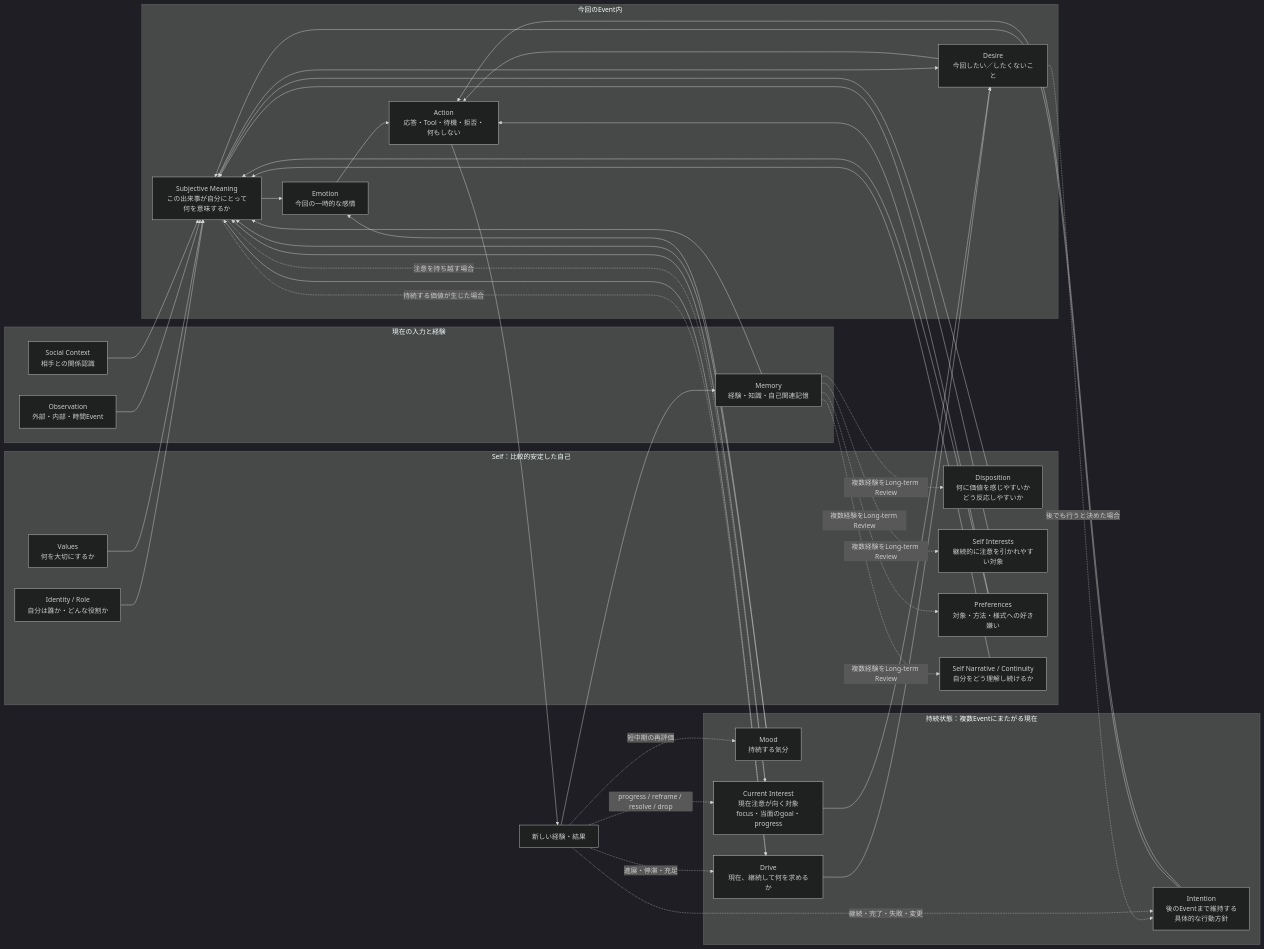
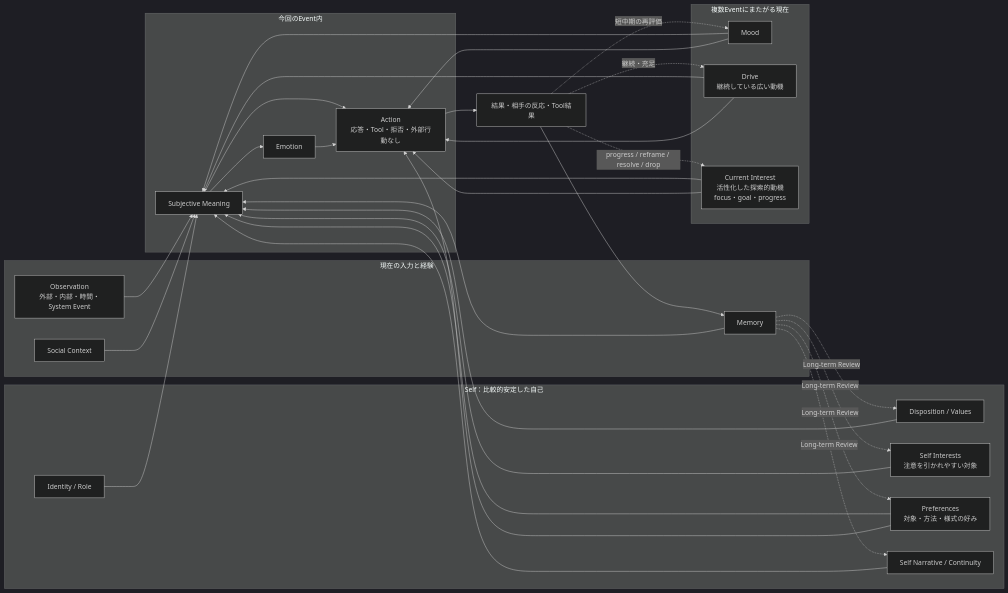
One commit to if001/social_agent changed the first of 5 diagrams in docs/AGENT_MOTIVATION_MODEL.md. Above: the diagram before and after it, drawn with Mermaid (dark theme). The commit also changed other lines of this file and 11 other files, not shown here.

````diff
--- a/docs/AGENT_MOTIVATION_MODEL.md
+++ b/docs/AGENT_MOTIVATION_MODEL.md
@@ -7,69 +7,52 @@
 ```mermaid
 flowchart LR
     subgraph INPUT["現在の入力と経験"]
-        O["Observation<br/>外部・内部・時間Event"]
-        MEM["Memory<br/>経験・知識・自己関連記憶"]
-        SC["Social Context<br/>相手との関係認識"]
+        O["Observation<br/>外部・内部・時間・System Event"]
+        MEM["Memory"]
+        SC["Social Context"]
     end
-
     subgraph SELF["Self：比較的安定した自己"]
-        ID["Identity / Role<br/>自分は誰か・どんな役割か"]
-        DISP["Disposition<br/>何に価値を感じやすいか<br/>どう反応しやすいか"]
-        VAL["Values<br/>何を大切にするか"]
-        SI["Self Interests<br/>継続的に注意を引かれやすい対象"]
-        PREF["Preferences<br/>対象・方法・様式への好き嫌い"]
-        SN["Self Narrative / Continuity<br/>自分をどう理解し続けるか"]
+        ID["Identity / Role"]
+        DISP["Disposition / Values"]
+        SI["Self Interests<br/>注意を引かれやすい対象"]
+        PREF["Preferences<br/>対象・方法・様式の好み"]
+        SN["Self Narrative / Continuity"]
     end
-
-    subgraph STATE["持続状態：複数Eventにまたがる現在"]
-        MOOD["Mood<br/>持続する気分"]
-        DRIVE["Drive<br/>現在、継続して何を求めるか"]
-        CI["Current Interest<br/>現在注意が向く対象<br/>focus・当面のgoal・progress"]
-        INT["Intention<br/>後のEventまで維持する<br/>具体的な行動方針"]
+    subgraph STATE["複数Eventにまたがる現在"]
+        MOOD["Mood"]
+        DRIVE["Drive<br/>継続している広い動機"]
+        CI["Current Interest<br/>活性化した探索的動機<br/>focus・goal・progress"]
     end
-
     subgraph EVENT["今回のEvent内"]
-        SM["Subjective Meaning<br/>この出来事が自分にとって何を意味するか"]
-        EMO["Emotion<br/>今回の一時的な感情"]
-        DES["Desire<br/>今回したい／したくないこと"]
-        ACT["Action<br/>応答・Tool・待機・拒否・何もしない"]
+        SM["Subjective Meaning"]
+        EMO["Emotion"]
+        ACT["Action<br/>応答・Tool・拒否・外部行動なし"]
     end
-
     O --> SM
     MEM --> SM
     SC --> SM
     ID --> SM
     DISP --> SM
-    VAL --> SM
     SI --> SM
     PREF --> SM
     SN --> SM
     MOOD --> SM
     DRIVE --> SM
     CI --> SM
-    INT --> SM
-
     SM --> EMO
-    SM --> DES
-    MOOD --> EMO
-    DRIVE --> DES
-    CI --> DES
-    INT --> ACT
+    SM --> ACT
     EMO --> ACT
-    DES --> ACT
+    MOOD --> ACT
+    DRIVE --> ACT
+    CI --> ACT
     PREF --> ACT
-
-    SM -. "持続する価値が生じた場合" .-> DRIVE
-    SM -. "注意を持ち越す場合" .-> CI
-    DES -. "後でも行うと決めた場合" .-> INT
-    ACT --> EXP["新しい経験・結果"]
+    ACT --> EXP["結果・相手の反応・Tool結果"]
     EXP --> MEM
     EXP -. "短中期の再評価" .-> MOOD
-    EXP -. "進展・停滞・充足" .-> DRIVE
+    EXP -. "継続・充足" .-> DRIVE
     EXP -. "progress / reframe / resolve / drop" .-> CI
-    EXP -. "継続・完了・失敗・変更" .-> INT
-    MEM -. "複数経験をLong-term Review" .-> DISP
-    MEM -. "複数経験をLong-term Review" .-> SI
-    MEM -. "複数経験をLong-term Review" .-> PREF
-    MEM -. "複数経験をLong-term Review" .-> SN
+    MEM -. "Long-term Review" .-> DISP
+    MEM -. "Long-term Review" .-> SI
+    MEM -. "Long-term Review" .-> PREF
+    MEM -. "Long-term Review" .-> SN
 ```
````
